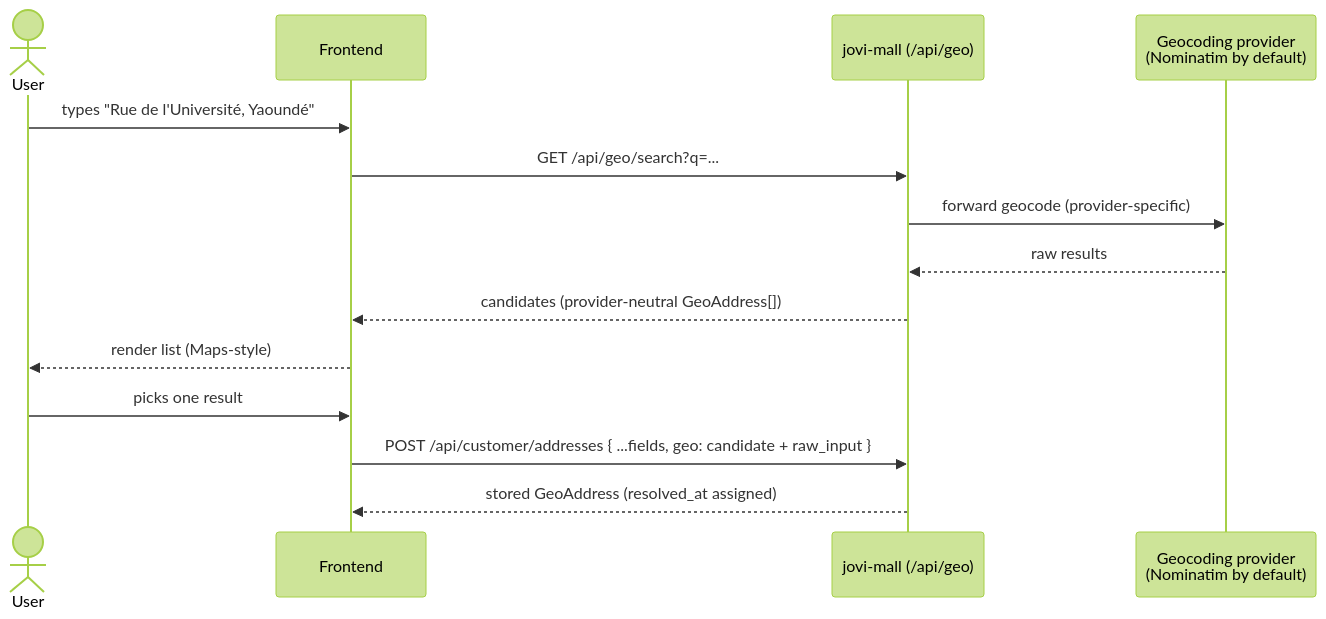
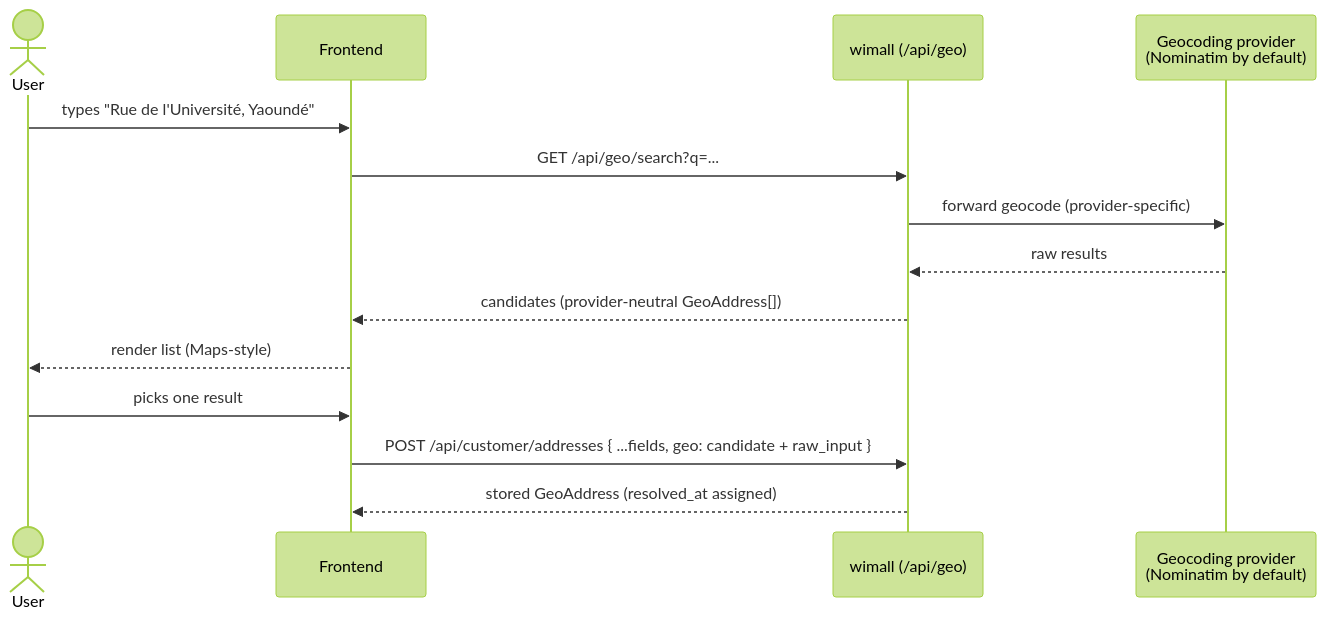
One commit to kalynux/agency-dash changed the first of 2 diagrams in api-doc/geo/README.md. Above: the diagram before and after it, drawn with Mermaid (forest theme). The commit also changed other lines of this file and 42 other files, not shown here.

First line of the commit message:
refactor: rename jovi-mall to wimall across the codebase

````diff
--- a/api-doc/geo/README.md
+++ b/api-doc/geo/README.md
@@ -151,17 +151,17 @@
 ```mermaid
 sequenceDiagram
     actor User
     participant FE as Frontend
-    participant API as jovi-mall (/api/geo)
+    participant API as wimall (/api/geo)
     participant P as Geocoding provider<br/>(Nominatim by default)
 
     User->>FE: types "Rue de l'Université, Yaoundé"
     FE->>API: GET /api/geo/search?q=...
     API->>P: forward geocode (provider-specific)
     P-->>API: raw results
     API-->>FE: candidates (provider-neutral GeoAddress[])
     FE-->>User: render list (Maps-style)
     User->>FE: picks one result
     FE->>API: POST /api/customer/addresses { ...fields, geo: candidate + raw_input }
     API-->>FE: stored GeoAddress (resolved_at assigned)
 ```
````
